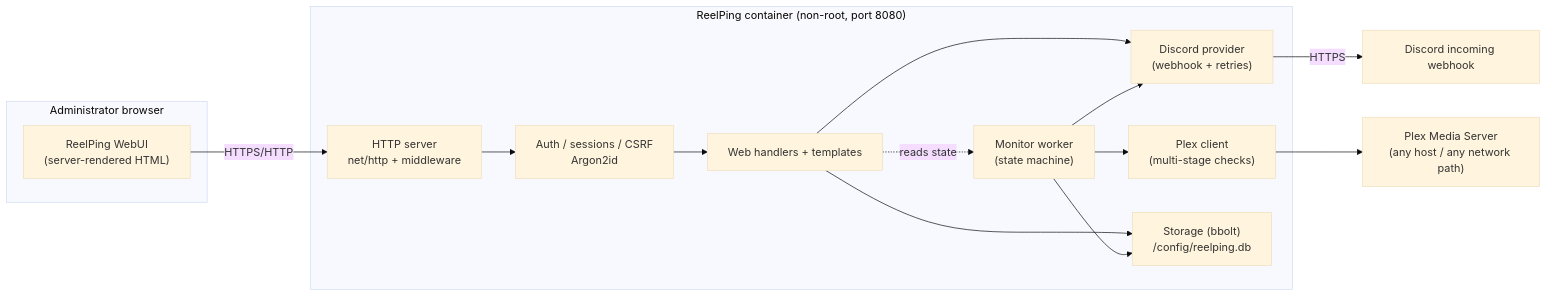
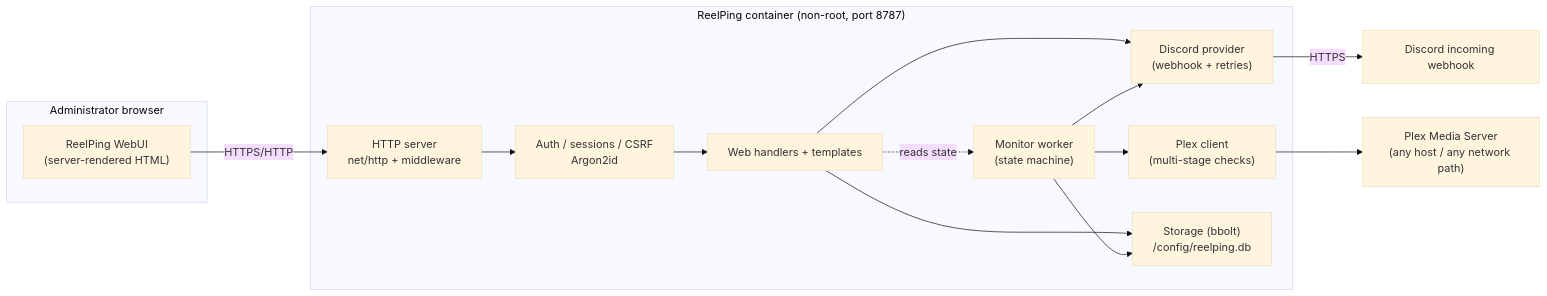
One commit to BGriffin63/ReelPing changed the first of 2 diagrams in docs/ARCHITECTURE.md. Above: the diagram before and after it, drawn with Mermaid (base theme). The commit also changed 10 other files, not shown here.

Commit message:
Default container port to 8787 (match host); update template, compose, docs

````diff
--- a/docs/ARCHITECTURE.md
+++ b/docs/ARCHITECTURE.md
@@ -15,29 +15,29 @@
 ```mermaid
 flowchart LR
     subgraph Browser["Administrator browser"]
         UI["ReelPing WebUI\n(server-rendered HTML)"]
     end
 
-    subgraph Container["ReelPing container (non-root, port 8080)"]
+    subgraph Container["ReelPing container (non-root, port 8787)"]
         HTTP["HTTP server\nnet/http + middleware"]
         Auth["Auth / sessions / CSRF\nArgon2id"]
         Web["Web handlers + templates"]
         Mon["Monitor worker\n(state machine)"]
         PlexC["Plex client\n(multi-stage checks)"]
         Disc["Discord provider\n(webhook + retries)"]
         Store["Storage (bbolt)\n/config/reelping.db"]
     end
 
     Plex["Plex Media Server\n(any host / any network path)"]
     Discord["Discord incoming webhook"]
 
     UI -- HTTPS/HTTP --> HTTP
     HTTP --> Auth --> Web
     Web --> Store
     Web --> Disc
     Mon --> PlexC --> Plex
     Mon --> Store
     Mon --> Disc
     Disc -- HTTPS --> Discord
     Web -.->|reads state| Mon
 ```
````
